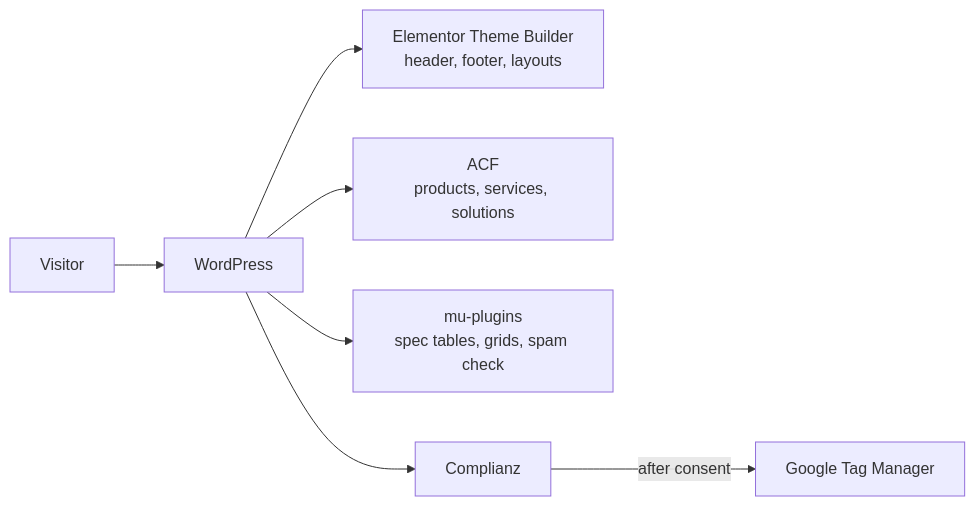
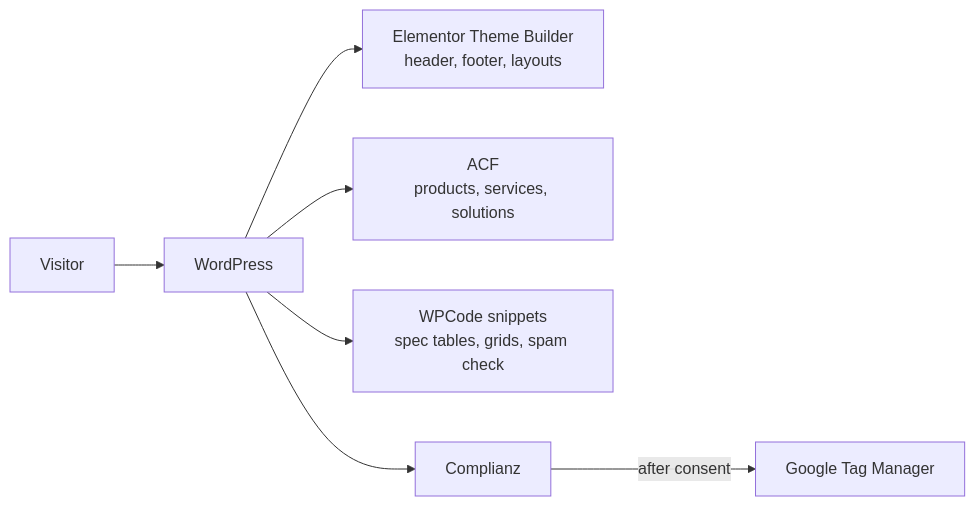
Before and after one commit to ff-shanjoel/facility-flooring-revamp-dev: the diagram in docs/how-it-works.md, drawn with Mermaid. The commit also changed other lines of this file and 8 other files, not shown here.

First line of the commit message:
Move custom code into WPCode snippets

````diff
--- a/docs/how-it-works.md
+++ b/docs/how-it-works.md
@@ -3,9 +3,9 @@
 ```mermaid
 flowchart LR
     A[Visitor] --> B[WordPress]
     B --> C[Elementor Theme Builder<br/>header, footer, layouts]
     B --> D[ACF<br/>products, services, solutions]
-    B --> E[mu-plugins<br/>spec tables, grids, spam check]
+    B --> E[WPCode snippets<br/>spec tables, grids, spam check]
     B --> F[Complianz]
     F -->|after consent| G[Google Tag Manager]
 ```
````
